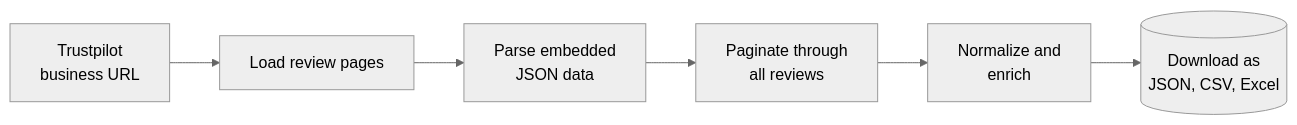
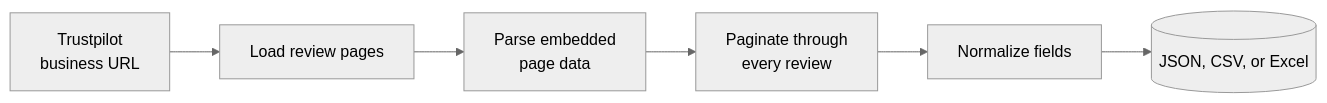
The second of 6 diagrams in actors/trustpilot-brand-reputation/README.md (Ken-Mutisya/scrapemint), drawn with Mermaid (neutral theme) before and after one commit. The commit also changed other lines of this file, not shown here.

First line of the commit message:
Rewrite Trustpilot README for SEO with use case diagrams

````diff
--- a/actors/trustpilot-brand-reputation/README.md
+++ b/actors/trustpilot-brand-reputation/README.md
@@ -32,8 +32,8 @@
 ```mermaid
 flowchart LR
     A[Trustpilot<br/>business URL] --> B[Load review pages]
-    B --> C[Parse embedded<br/>JSON data]
-    C --> D[Paginate through<br/>all reviews]
-    D --> E[Normalize and<br/>enrich]
-    E --> F[(Download as<br/>JSON, CSV, Excel)]
+    B --> C[Parse embedded<br/>page data]
+    C --> D[Paginate through<br/>every review]
+    D --> E[Normalize fields]
+    E --> F[(JSON, CSV, or Excel)]
 ```
````
